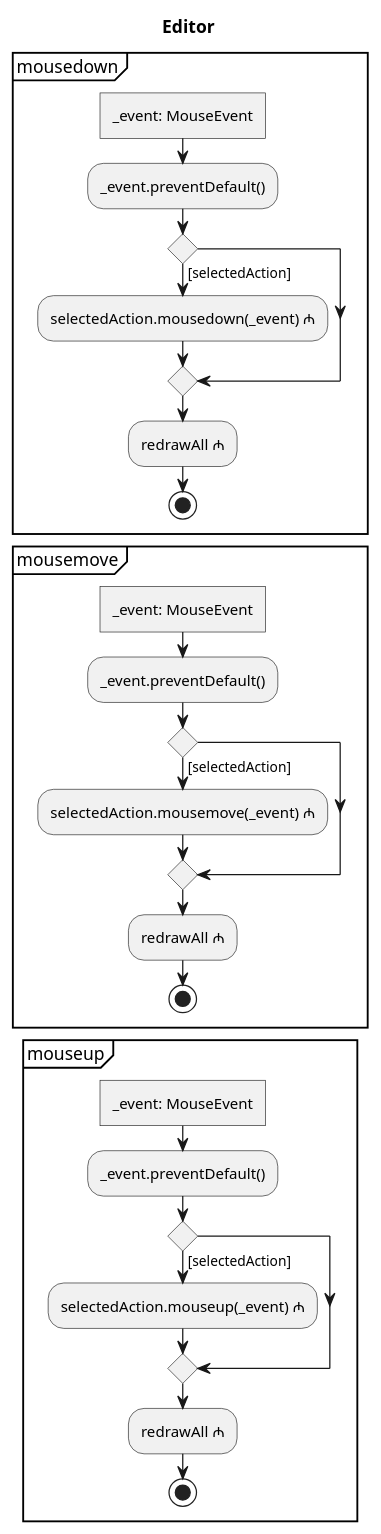
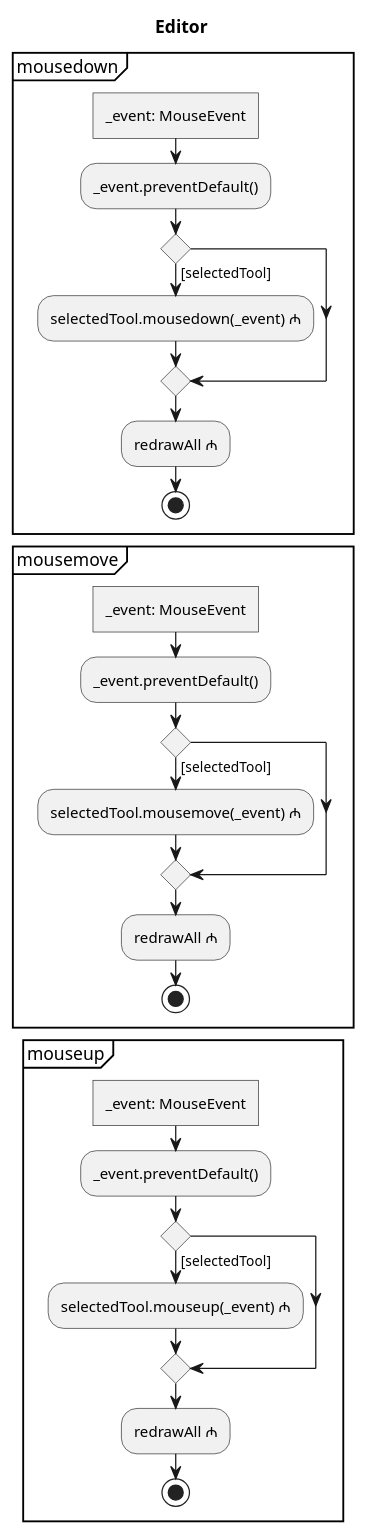
Before and after one commit to JirkaDellOro/FUDGE: the diagram in Experiments/Lukas/VectorEditor/concept/Activities/Editor/mouseManagement.puml, drawn with PlantUML. The commit also changed 45 other files, not shown here.

```diff
--- a/Experiments/Lukas/VectorEditor/concept/Activities/Editor/mouseManagement.puml
+++ b/Experiments/Lukas/VectorEditor/concept/Activities/Editor/mouseManagement.puml
@@ -1,37 +1,37 @@
 @startuml Mouse Management
 skinparam monochrome true
 
 title Editor
 
 partition mousedown {
 	:_event: MouseEvent]
 	:_event.preventDefault();
-	if() then ([selectedAction])
-		:selectedAction.mousedown(_event) ₼;
+	if() then ([selectedTool])
+		:selectedTool.mousedown(_event) ₼;
 	endif
 	:redrawAll ₼;
 	stop 
 }
 break
 
 partition mousemove {
 	:_event: MouseEvent]
 	:_event.preventDefault();
-	if() then ([selectedAction])
-		:selectedAction.mousemove(_event) ₼;
+	if() then ([selectedTool])
+		:selectedTool.mousemove(_event) ₼;
 	endif
 	:redrawAll ₼;
 	stop 
 }
 break
 partition mouseup {
 	:_event: MouseEvent]
 	:_event.preventDefault();
-	if() then ([selectedAction])
-		:selectedAction.mouseup(_event) ₼;
+	if() then ([selectedTool])
+		:selectedTool.mouseup(_event) ₼;
 	endif
 	:redrawAll ₼;
 	stop 
 }
 
 @enduml
```
